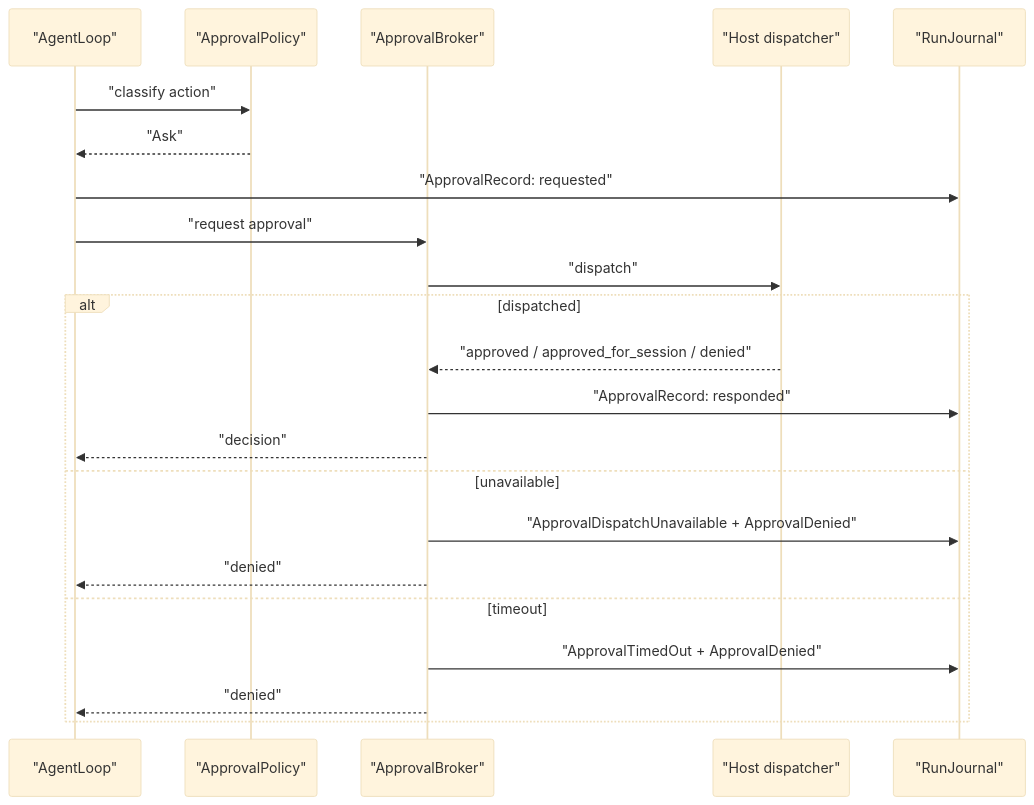
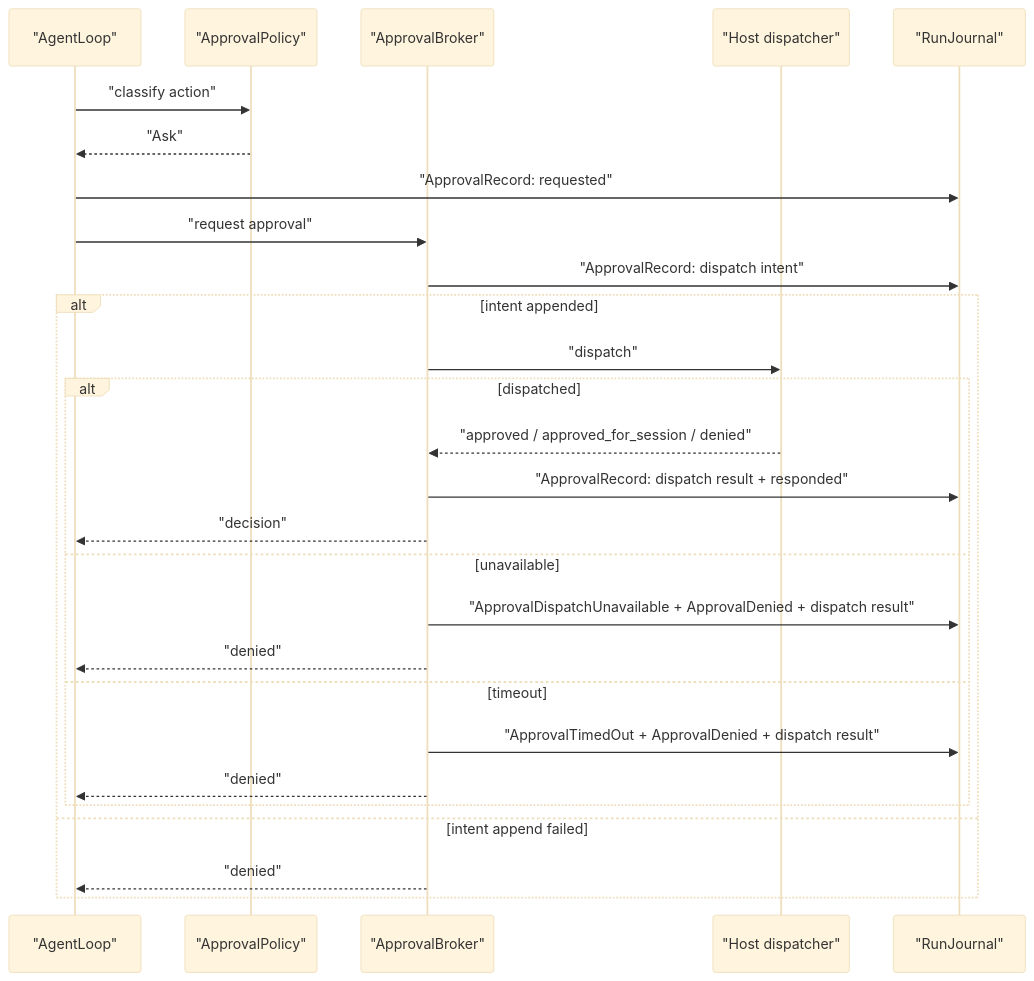
The third of 3 diagrams in docs/contracts/tool-approval-contract.md (heyclawdia/clawdia_sdk), drawn with Mermaid (base theme) before and after one commit. The commit also changed other lines of this file and 20 other files, not shown here.

````diff
--- a/docs/contracts/tool-approval-contract.md
+++ b/docs/contracts/tool-approval-contract.md
@@ -178,25 +213,30 @@
 ```mermaid
 sequenceDiagram
   participant L as "AgentLoop"
   participant P as "ApprovalPolicy"
   participant B as "ApprovalBroker"
   participant D as "Host dispatcher"
   participant J as "RunJournal"
 
   L->>P: "classify action"
   P-->>L: "Ask"
   L->>J: "ApprovalRecord: requested"
   L->>B: "request approval"
-  B->>D: "dispatch"
-  alt dispatched
-    D-->>B: "approved / approved_for_session / denied"
-    B->>J: "ApprovalRecord: responded"
-    B-->>L: "decision"
-  else unavailable
-    B->>J: "ApprovalDispatchUnavailable + ApprovalDenied"
-    B-->>L: "denied"
-  else timeout
-    B->>J: "ApprovalTimedOut + ApprovalDenied"
+  B->>J: "ApprovalRecord: dispatch intent"
+  alt intent appended
+    B->>D: "dispatch"
+    alt dispatched
+      D-->>B: "approved / approved_for_session / denied"
+      B->>J: "ApprovalRecord: dispatch result + responded"
+      B-->>L: "decision"
+    else unavailable
+      B->>J: "ApprovalDispatchUnavailable + ApprovalDenied + dispatch result"
+      B-->>L: "denied"
+    else timeout
+      B->>J: "ApprovalTimedOut + ApprovalDenied + dispatch result"
+      B-->>L: "denied"
+    end
+  else intent append failed
     B-->>L: "denied"
   end
 ```
````
